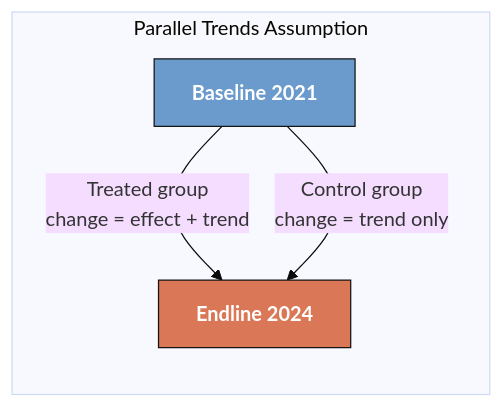
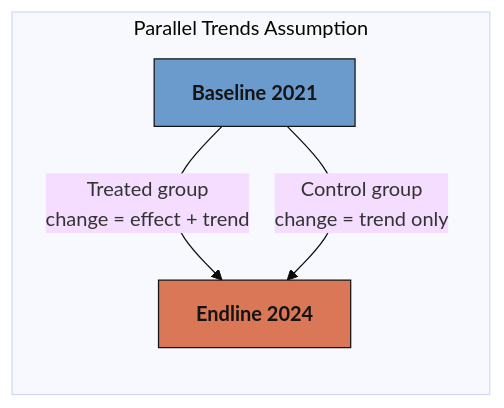
Before and after one commit to cmg777/starter-academic-v501: the seventh of 8 diagrams in content/post/stata_rct/index.md, drawn with Mermaid (base theme). The commit also changed other lines of this file and 67 other files, not shown here.

First line of the commit message:
fix(mermaid): readable diagram text in both themes across the site

````diff
--- a/content/post/stata_rct/index.md
+++ b/content/post/stata_rct/index.md
@@ -1081,13 +1081,13 @@
 ```mermaid
 graph LR
     subgraph "Parallel Trends Assumption"
     PRE["<b>Baseline 2021</b>"]
     POST["<b>Endline 2024</b>"]
     end
 
     PRE -->|"Treated group<br/>change = effect + trend"| POST
     PRE -->|"Control group<br/>change = trend only"| POST
 
-    style PRE fill:#6a9bcc,stroke:#141413,color:#fff
-    style POST fill:#d97757,stroke:#141413,color:#fff
+    style PRE fill:#6a9bcc,stroke:#141413,color:#141413
+    style POST fill:#d97757,stroke:#141413,color:#141413
 ```
````
